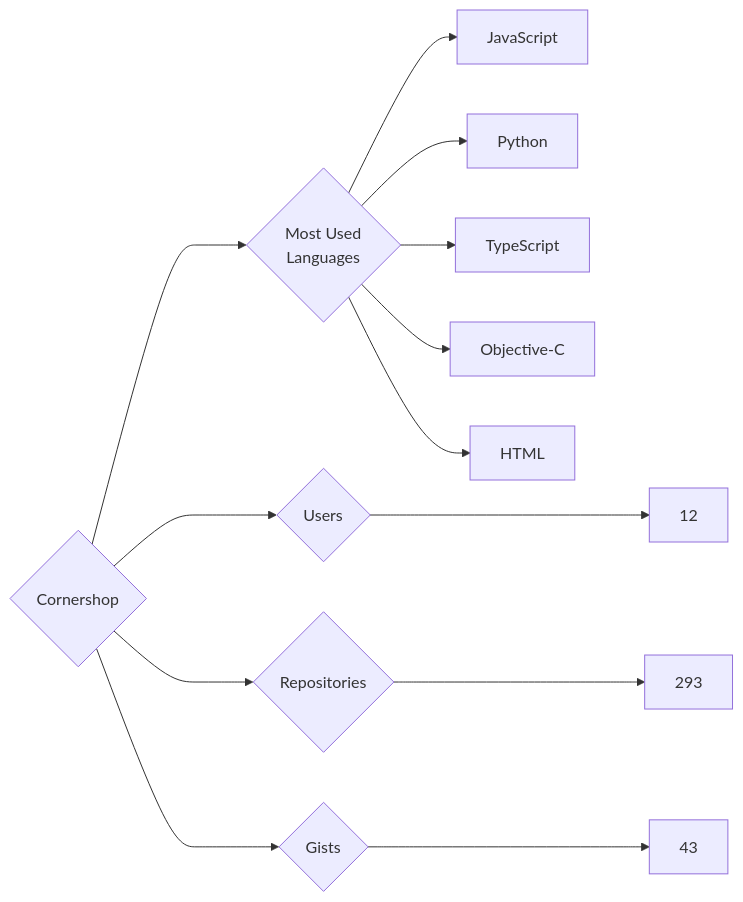
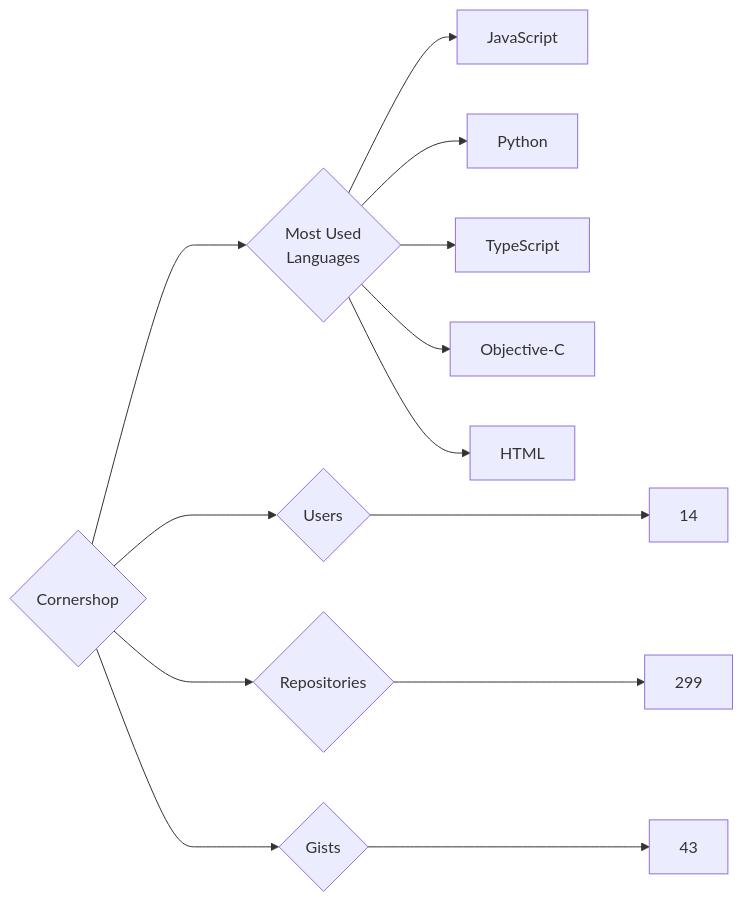
Before and after one commit to trickest/insiders: the diagram in targets/Cornershop/README.md, drawn with Mermaid. The commit also changed 1020 other files, not shown here.

````diff
--- a/targets/Cornershop/README.md
+++ b/targets/Cornershop/README.md
@@ -3,13 +3,13 @@
 ```mermaid
 graph LR
 COMPANY_NAME{Cornershop}
-COMPANY_NAME ---> U{Users} ---> UN[12]
-COMPANY_NAME ---> R{Repositories} ---> RN[293]
+COMPANY_NAME ---> U{Users} ---> UN[14]
+COMPANY_NAME ---> R{Repositories} ---> RN[299]
 COMPANY_NAME ---> G{Gists} ---> GN[43]
 COMPANY_NAME ---> ML{Most Used<br>Languages}
 ML --> JavaScript[JavaScript]
 ML --> Python[Python]
 ML --> TypeScript[TypeScript]
 ML --> Objective-C[Objective-C]
 ML --> HTML[HTML]
 ```
````
